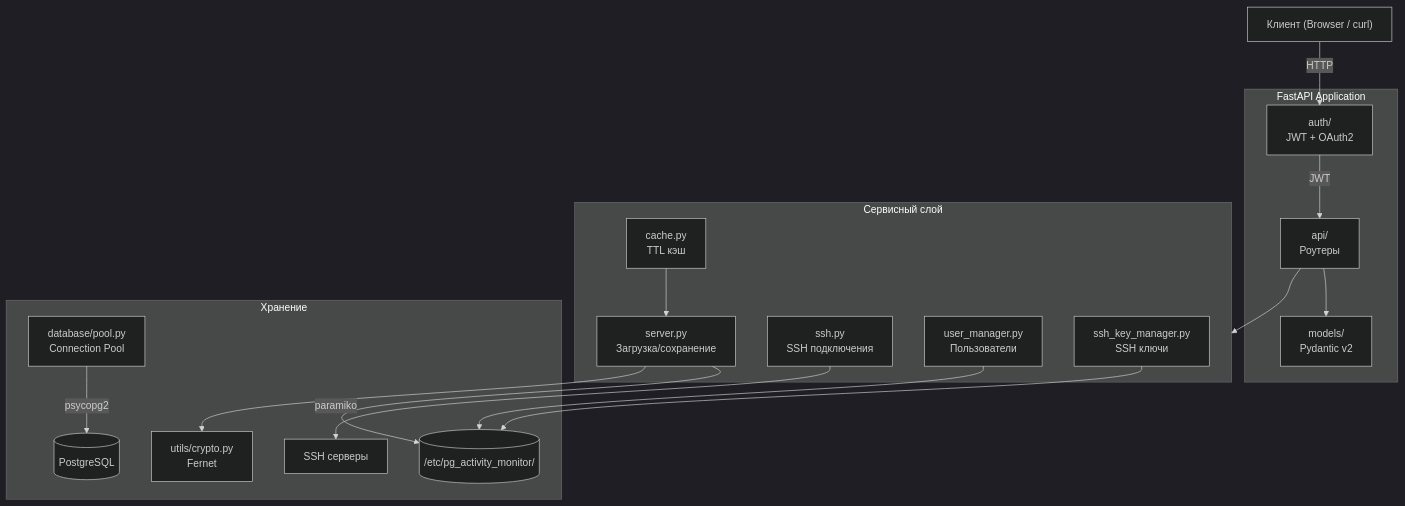
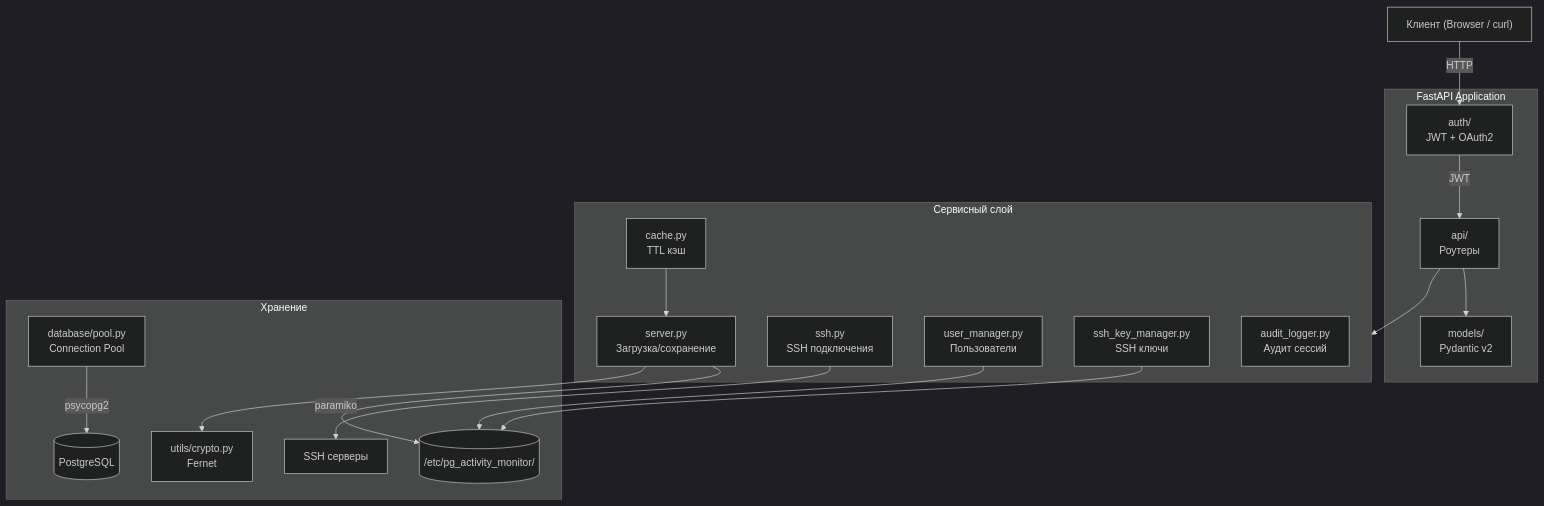
Before and after one commit to wobujidao/PostgreSQL-Activity-Monitor: the diagram in backend/README.md, drawn with Mermaid (dark theme). The commit also changed other lines of this file and 3 other files, not shown here.

Commit message:
docs: обновление документации — refresh tokens, аудит сессий, CommandPalette

````diff
--- a/backend/README.md
+++ b/backend/README.md
@@ -18,39 +18,40 @@
 ```mermaid
 graph TD
     Client["Клиент (Browser / curl)"]
 
     subgraph FastAPI["FastAPI Application"]
         Auth["auth/<br/>JWT + OAuth2"]
         Router["api/<br/>Роутеры"]
         Models["models/<br/>Pydantic v2"]
     end
 
     subgraph Services["Сервисный слой"]
         ServerSvc["server.py<br/>Загрузка/сохранение"]
         SSHSvc["ssh.py<br/>SSH подключения"]
         CacheSvc["cache.py<br/>TTL кэш"]
         UserSvc["user_manager.py<br/>Пользователи"]
         KeySvc["ssh_key_manager.py<br/>SSH ключи"]
+        AuditSvc["audit_logger.py<br/>Аудит сессий"]
     end
 
     subgraph Storage["Хранение"]
         Pool["database/pool.py<br/>Connection Pool"]
         Crypto["utils/crypto.py<br/>Fernet"]
         PG[("PostgreSQL")]
         SSH["SSH серверы"]
         Config[("/etc/pg_activity_monitor/")]
     end
 
     Client -->|HTTP| Auth
     Auth -->|JWT| Router
     Router --> Models
     Router --> Services
 
     ServerSvc --> Config
     ServerSvc --> Crypto
     SSHSvc -->|paramiko| SSH
     CacheSvc --> ServerSvc
     UserSvc --> Config
     KeySvc --> Config
     Pool -->|psycopg2| PG
 ```
````
